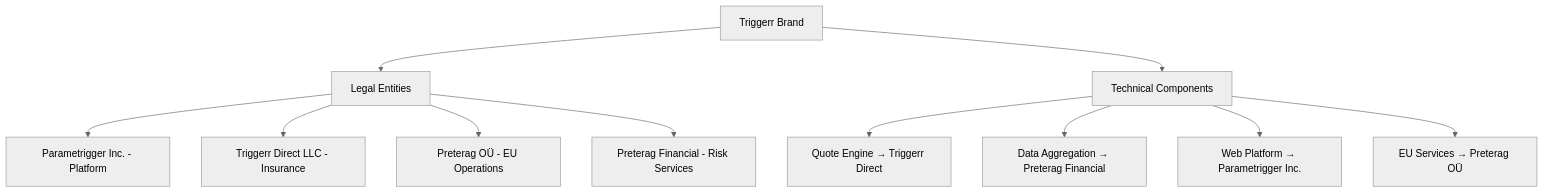
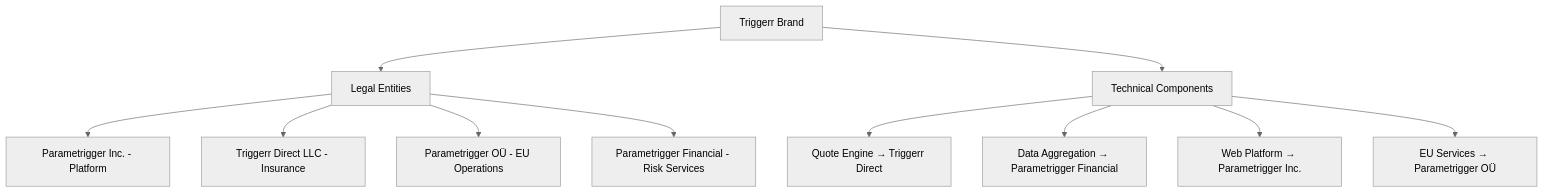
The seventh of 11 diagrams in docs/04_compliance/LEGAL_REFERENCE.md (e3o8o/triggerr), drawn with Mermaid (neutral theme) before and after one commit. The commit also changed other lines of this file and 39 other files, not shown here.

````diff
--- a/docs/04_compliance/LEGAL_REFERENCE.md
+++ b/docs/04_compliance/LEGAL_REFERENCE.md
@@ -362,13 +362,13 @@
 ```mermaid
 graph TD
     A[Triggerr Brand] --> B[Legal Entities]
     B --> C[Parametrigger Inc. - Platform]
     B --> D[Triggerr Direct LLC - Insurance]
-    B --> E[Preterag OÜ - EU Operations]
-    B --> F[Preterag Financial - Risk Services]
+    B --> E[Parametrigger OÜ - EU Operations]
+    B --> F[Parametrigger Financial - Risk Services]
     A --> G[Technical Components]
     G --> H[Quote Engine → Triggerr Direct]
-    G --> I[Data Aggregation → Preterag Financial]
+    G --> I[Data Aggregation → Parametrigger Financial]
     G --> J[Web Platform → Parametrigger Inc.]
-    G --> K[EU Services → Preterag OÜ]
+    G --> K[EU Services → Parametrigger OÜ]
 ```
````
